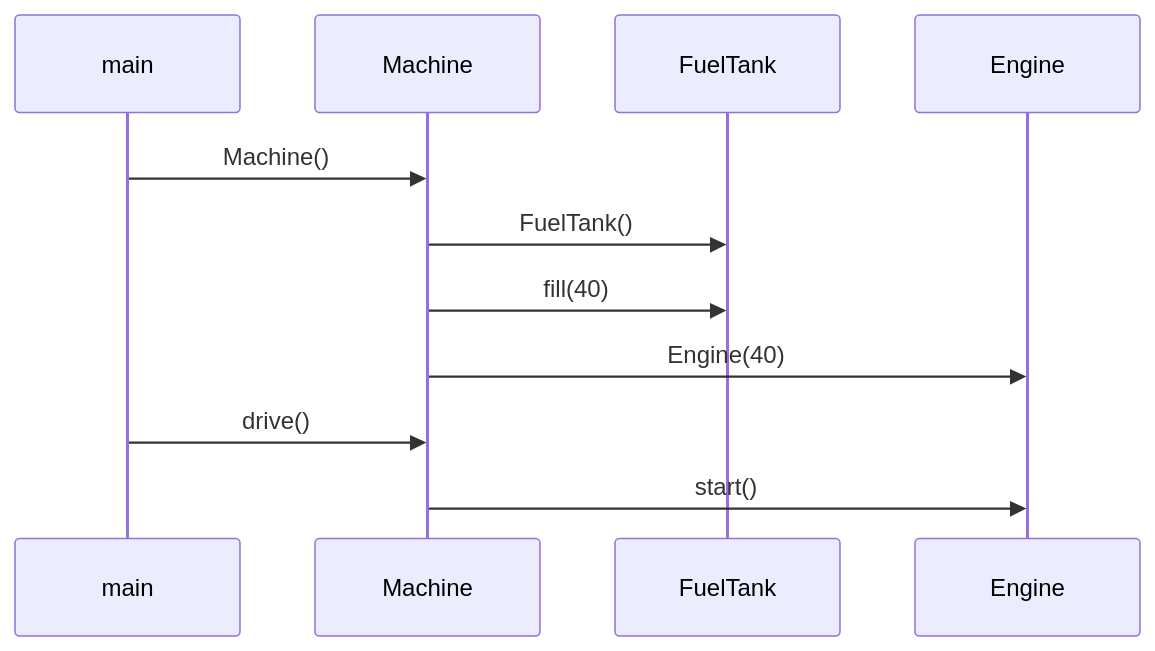
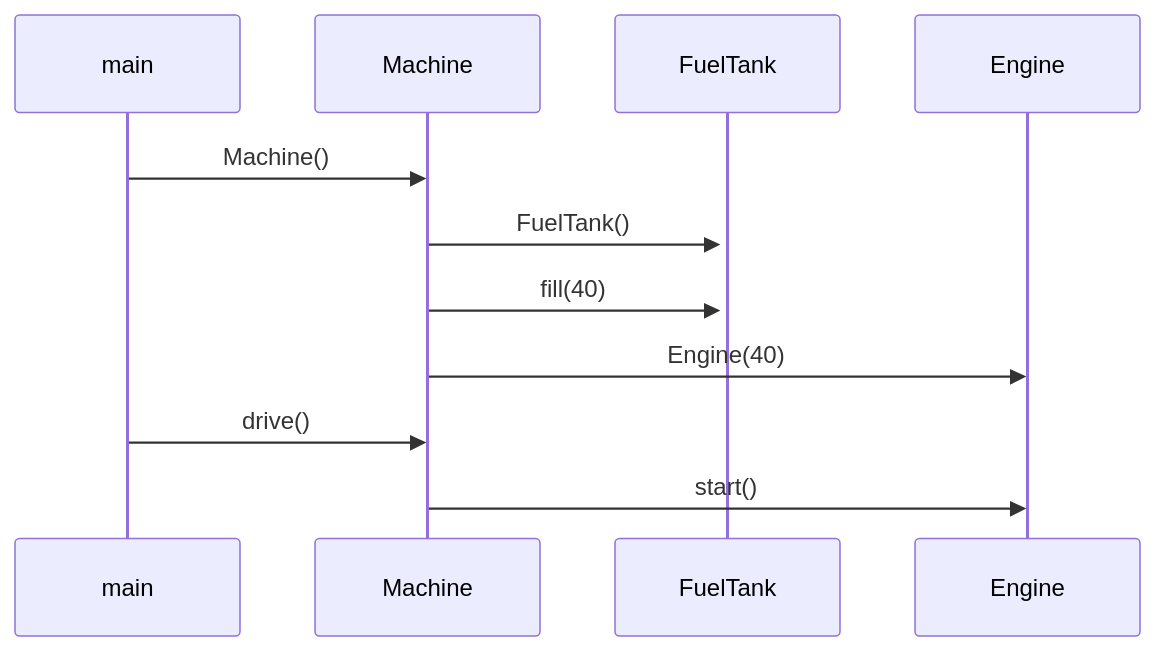
Before and after one commit to lenbie/Expense-Tracker-Project: the diagram in laskarit/viikko3/task3.md, drawn with Mermaid.

`````diff
--- a/laskarit/viikko3/task3.md
+++ b/laskarit/viikko3/task3.md
@@ -1,11 +1,11 @@
 ```mermaid
 
   sequenceDiagram
     main->>Machine: Machine()
-    Machine->>FuelTank: FuelTank()
+    Machine->>+FuelTank: FuelTank()
     Machine->>FuelTank: fill(40)
     Machine->>Engine: Engine(40)
     main->>Machine: drive()
     Machine->>Engine: start()
     
 ````
`````
